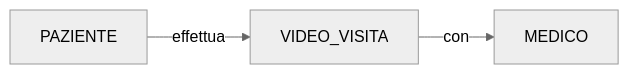
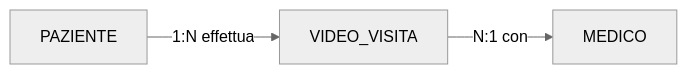
The first of 4 diagrams in 08-progettazione-er/esercizi/03-esercizio-telemedicina.md (lucadagati/Lab_Fondamenti_di_Informatica_25_26), drawn with Mermaid (neutral theme) before and after one commit. The commit also changed other lines of this file and 60 other files, not shown here.

Commit message:
Add Chen ER step-by-step draw.io diagrams and fix layout

````diff
--- a/08-progettazione-er/esercizi/03-esercizio-telemedicina.md
+++ b/08-progettazione-er/esercizi/03-esercizio-telemedicina.md
@@ -49,5 +49,5 @@
 ```mermaid
 flowchart LR
-    P[PAZIENTE] -->|effettua| VV[VIDEO_VISITA]
-    VV -->|con| M[MEDICO]
+    P[PAZIENTE] -->|1:N effettua| VV[VIDEO_VISITA]
+    VV -->|N:1 con| M[MEDICO]
 ```
````
